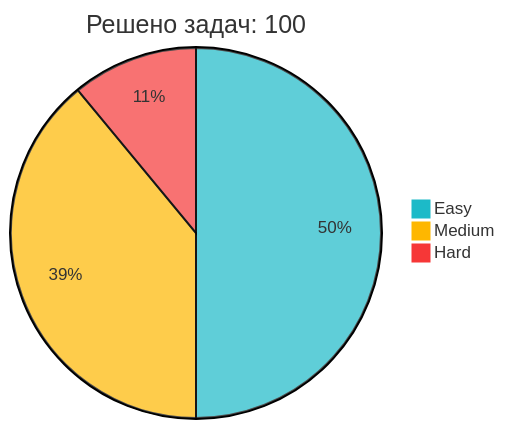
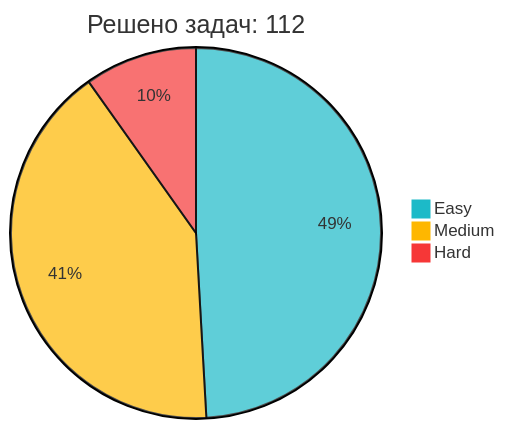
Before and after one commit to IliaKurdukov/IliaKurdukov: the diagram in README.md, drawn with Mermaid. The commit also changed other lines of this file, not shown here.

Commit message:
📈 Обновление статистики LeetCode

````diff
--- a/README.md
+++ b/README.md
@@ -51,7 +51,7 @@
 ```mermaid
 %%{init: {'theme': 'base', 'themeVariables': { 'pie1': '#1CBAC8', 'pie2': '#FEB700', 'pie3': '#F63737' }, 'config': {'width': 300, 'height': 200}}}%%
-pie title Решено задач: 100
-   "Easy" : 50
-   "Medium" : 39
+pie title Решено задач: 112
+   "Easy" : 55
+   "Medium" : 46
    "Hard" : 11
 ```
````
